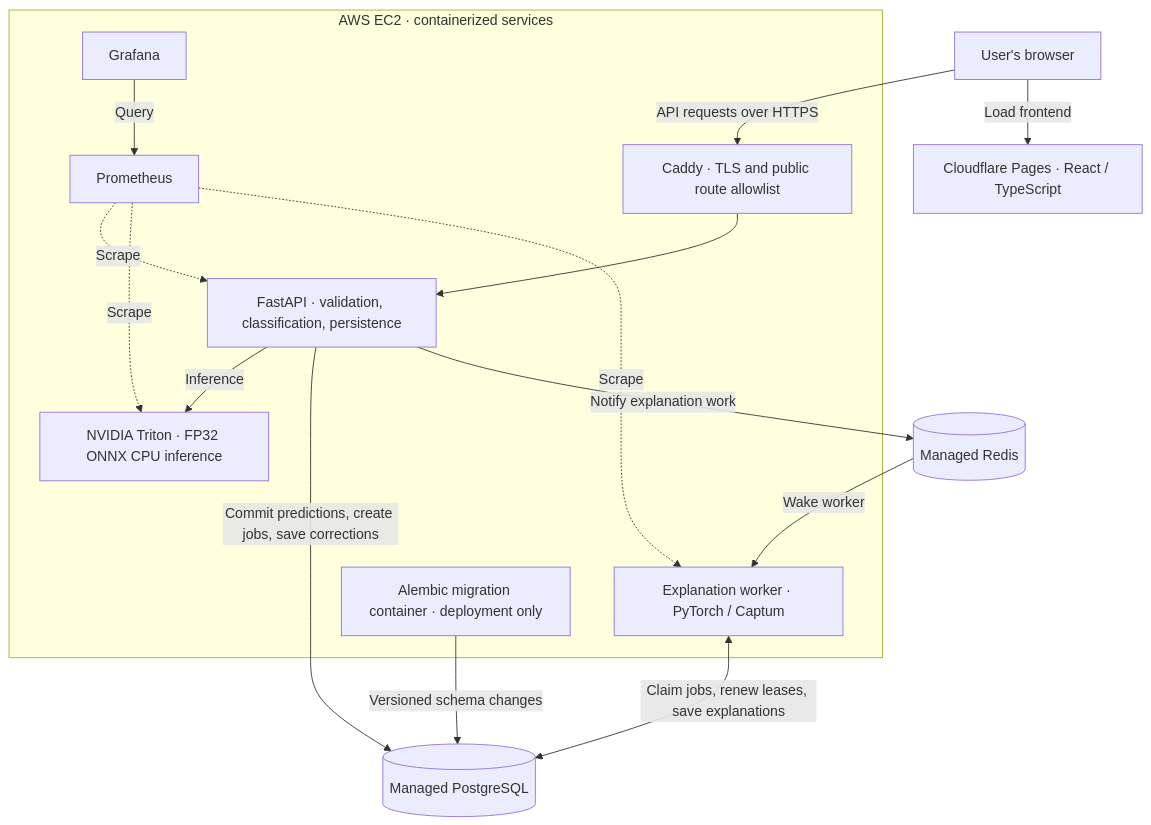
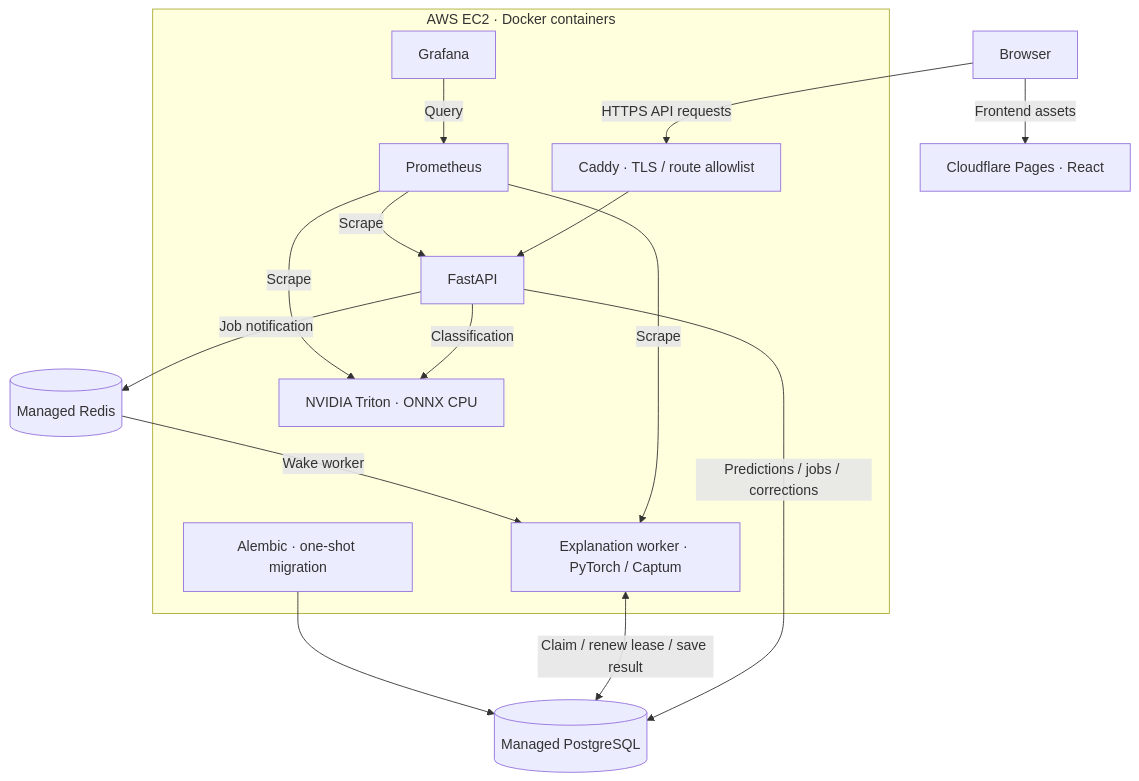
One commit to mouldibziou/Real-Time-Content-Moderation-System changed the diagram in README.md. Above: the diagram before and after it, drawn with Mermaid. The commit also changed other lines of this file and 28 other files, not shown here.

````diff
--- a/README.md
+++ b/README.md
@@ -36,33 +21,20 @@
 ```mermaid
 flowchart TD
-    Browser["User's browser"]
-    Pages["Cloudflare Pages · React / TypeScript"]
-    Postgres[("Managed PostgreSQL")]
-    Redis[("Managed Redis")]
-
-    Browser -->|Load frontend| Pages
-    Browser -->|API requests over HTTPS| Caddy
-
-    subgraph EC2["AWS EC2 · containerized services"]
-        Caddy["Caddy · TLS and public route allowlist"]
-        API["FastAPI · validation, classification, persistence"]
-        Triton["NVIDIA Triton · FP32 ONNX CPU inference"]
-        Worker["Explanation worker · PyTorch / Captum"]
-        Prometheus["Prometheus"]
-        Grafana["Grafana"]
-        Migrate["Alembic migration container · deployment only"]
-
-        Caddy --> API
-        API -->|Inference| Triton
-        Prometheus -.->|Scrape| API
-        Prometheus -.->|Scrape| Triton
-        Prometheus -.->|Scrape| Worker
-        Grafana -->|Query| Prometheus
+    Browser[Browser] -->|Frontend assets| Pages[Cloudflare Pages · React]
+    Browser -->|HTTPS API requests| Caddy
+    subgraph EC2[AWS EC2 · Docker containers]
+        Caddy[Caddy · TLS / route allowlist] --> API[FastAPI]
+        API -->|Classification| Triton[NVIDIA Triton · ONNX CPU]
+        Worker[Explanation worker · PyTorch / Captum]
+        Prometheus[Prometheus] -->|Scrape| API
+        Prometheus -->|Scrape| Worker
+        Prometheus -->|Scrape| Triton
+        Grafana[Grafana] -->|Query| Prometheus
+        Migrate[Alembic · one-shot migration]
     end
-
-    API -->|Commit predictions, create jobs, save corrections| Postgres
-    API -->|Notify explanation work| Redis
+    API -->|Predictions / jobs / corrections| PG[(Managed PostgreSQL)]
+    API -->|Job notification| Redis[(Managed Redis)]
     Redis -->|Wake worker| Worker
-    Worker <-->|Claim jobs, renew leases, save explanations| Postgres
-    Migrate -->|Versioned schema changes| Postgres
+    Worker <-->|Claim / renew lease / save result| PG
+    Migrate --> PG
 ```
````
